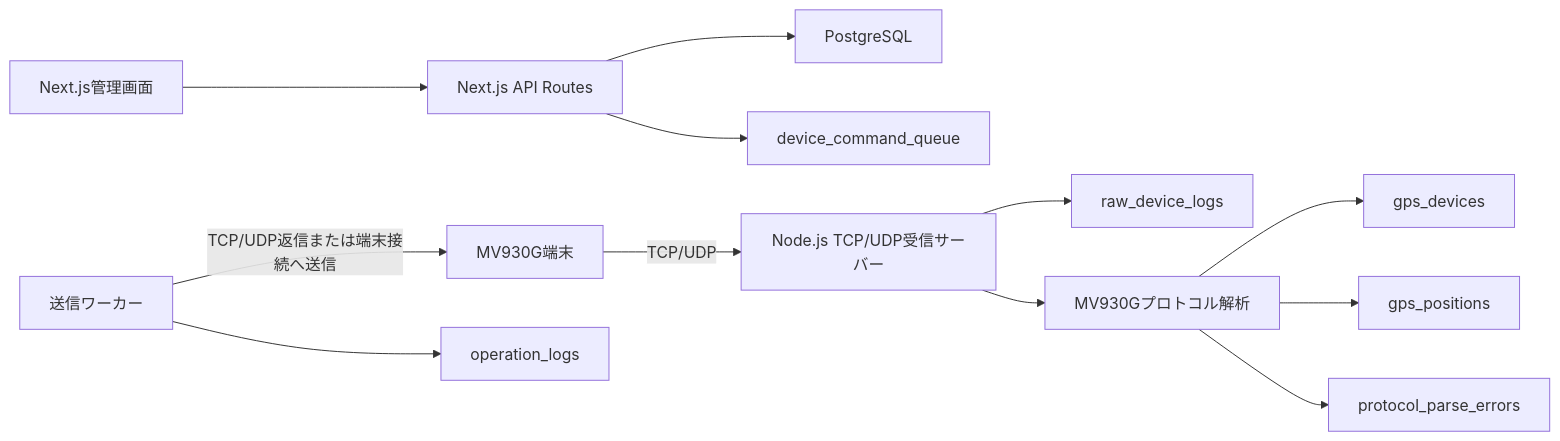
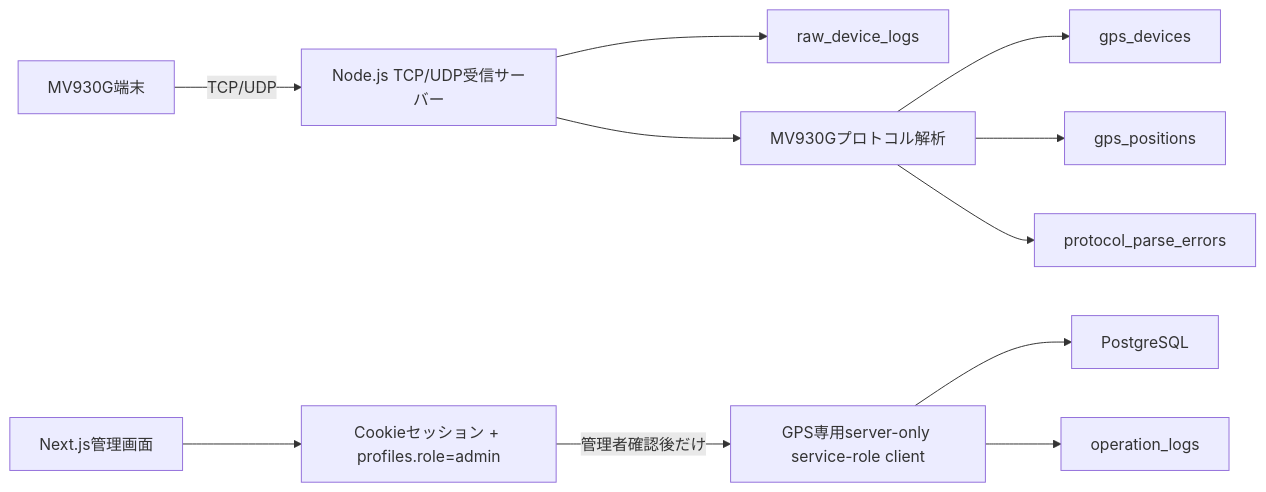
One commit to nyusatsu-ctrl/cheap-real-estate-search changed the diagram in docs/mv930g-mvp-design.md. Above: the diagram before and after it, drawn with Mermaid. The commit also changed other lines of this file and 94 other files, not shown here.

````diff
--- a/docs/mv930g-mvp-design.md
+++ b/docs/mv930g-mvp-design.md
@@ -46,14 +48,13 @@
 ```mermaid
 flowchart LR
   MV930G["MV930G端末"] -->|"TCP/UDP"| Receiver["Node.js TCP/UDP受信サーバー"]
   Receiver --> RawLogs["raw_device_logs"]
   Receiver --> Parser["MV930Gプロトコル解析"]
   Parser --> Devices["gps_devices"]
   Parser --> Positions["gps_positions"]
   Parser --> Errors["protocol_parse_errors"]
-  Admin["Next.js管理画面"] --> Api["Next.js API Routes"]
-  Api --> DB["PostgreSQL"]
-  Api --> CommandQueue["device_command_queue"]
-  CommandWorker["送信ワーカー"] -->|"TCP/UDP返信または端末接続へ送信"| MV930G
-  CommandWorker --> OperationLogs["operation_logs"]
+  Admin["Next.js管理画面"] --> Auth["Cookieセッション + profiles.role=admin"]
+  Auth -->|"管理者確認後だけ"| GpsClient["GPS専用server-only service-role client"]
+  GpsClient --> DB["PostgreSQL"]
+  GpsClient --> OperationLogs["operation_logs"]
 ```
````
